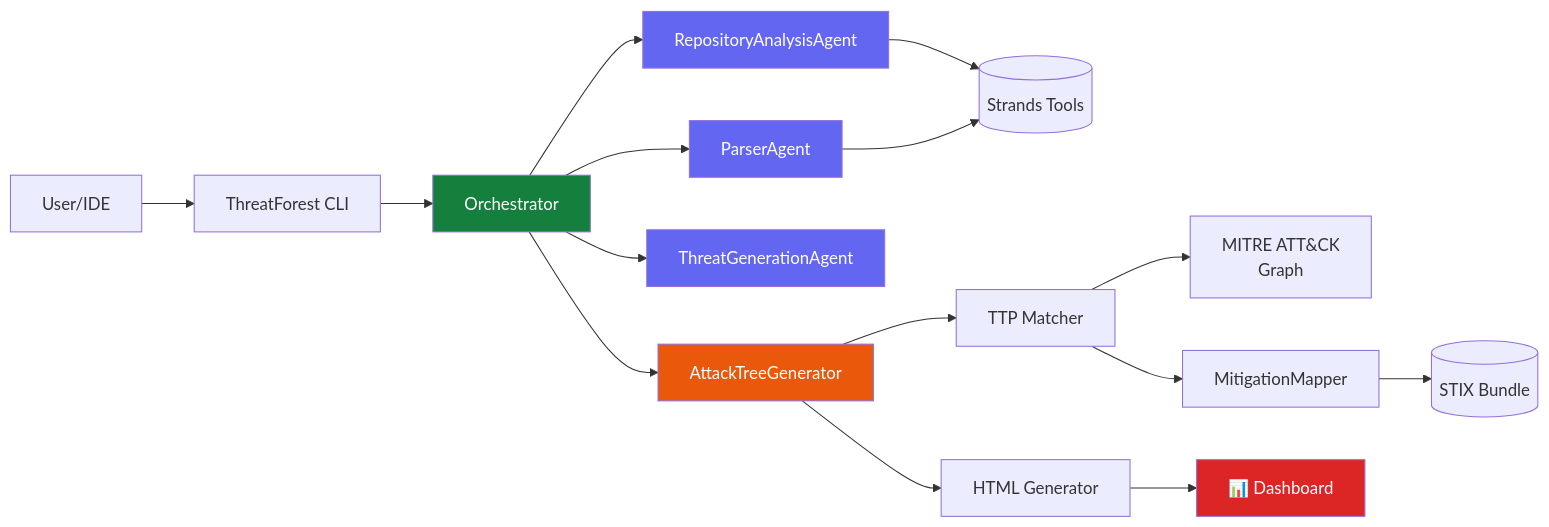
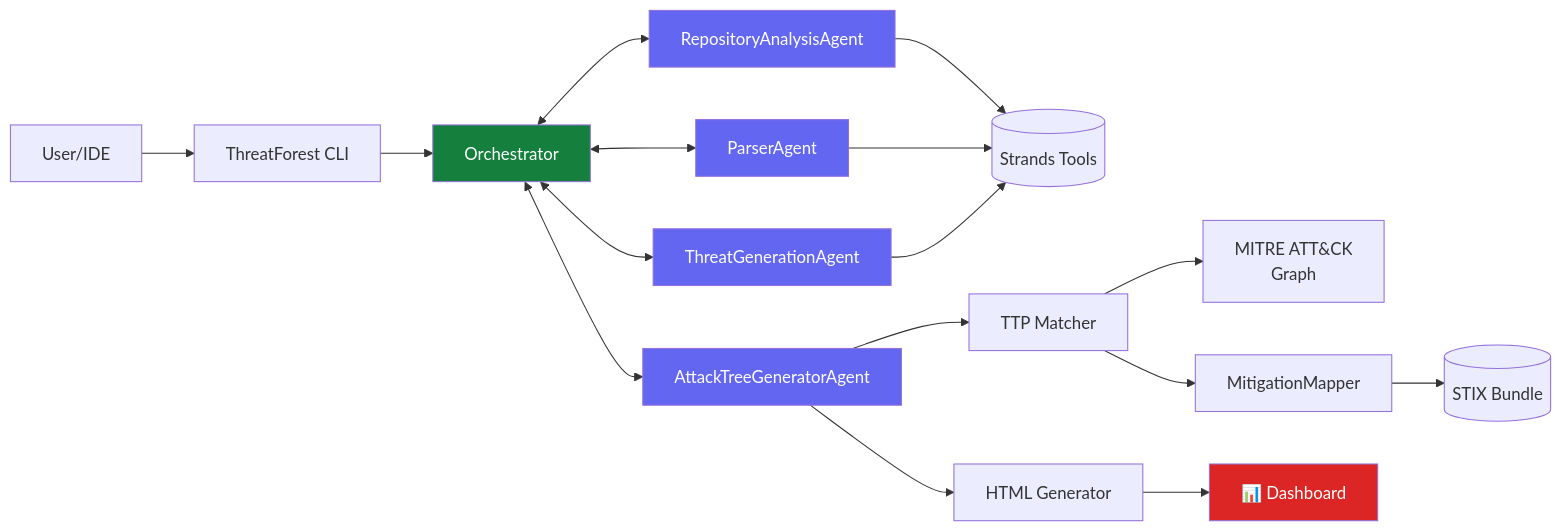
Before and after one commit to aws-samples/sample-agentic-attack-tree-generator: the diagram in docs/architecture/overview.md, drawn with Mermaid. The commit also changed other lines of this file and 11 other files, not shown here.

````diff
--- a/docs/architecture/overview.md
+++ b/docs/architecture/overview.md
@@ -7,28 +7,29 @@
 ```mermaid
 graph LR
     A[User/IDE] --> B[ThreatForest CLI]
     B --> C[Orchestrator]
-    C --> D[RepositoryAnalysisAgent]
-    C --> E[ParserAgent]
-    C --> F[ThreatGenerationAgent]
-    C --> G[AttackTreeGenerator]
+    C <--> D[RepositoryAnalysisAgent]
+    C <--> E[ParserAgent]
+    C <--> F[ThreatGenerationAgent]
+    C <--> G[AttackTreeGeneratorAgent]
 
     D --> H[(Strands Tools)]
     E --> H
+    F --> H
 
     G --> I[TTP Matcher]
     I --> J[MITRE ATT&CK<br/>Graph]
 
     I --> K[MitigationMapper]
     K --> L[(STIX Bundle)]
 
     G --> M[HTML Generator]
     M --> N[📊 Dashboard]
 
     style C fill:#15803d,color:#fff
     style D fill:#6366f1,color:#fff
     style E fill:#6366f1,color:#fff
     style F fill:#6366f1,color:#fff
-    style G fill:#ea580c,color:#fff
+    style G fill:#6366f1,color:#fff
     style N fill:#dc2626,color:#fff
 ```
````
